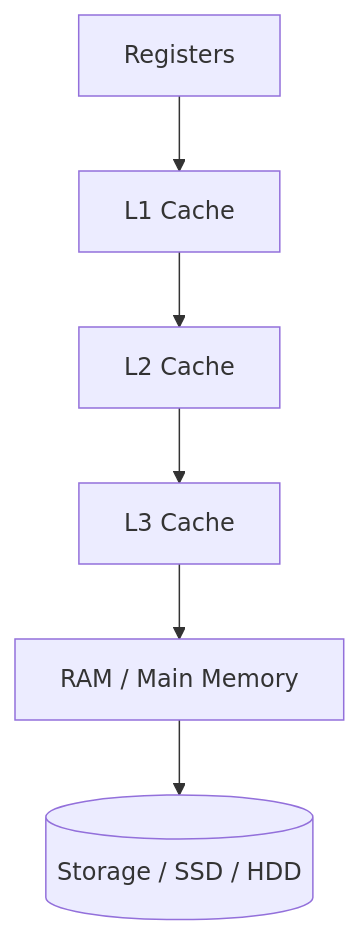
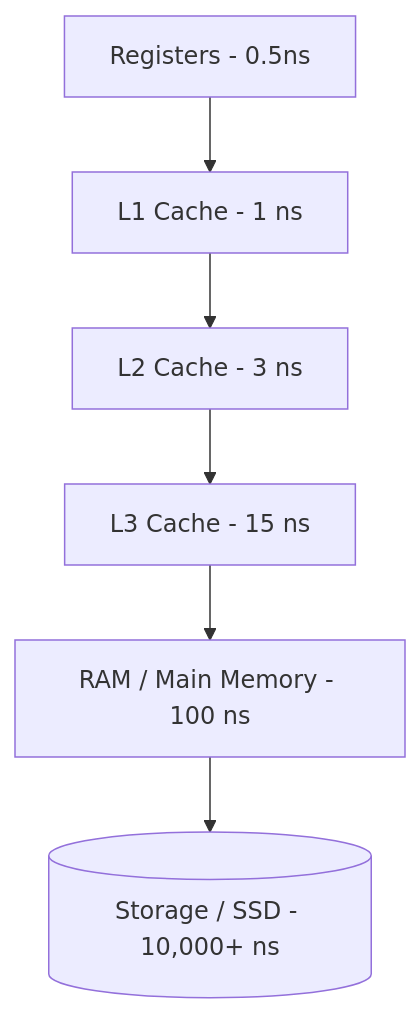
The third of 4 diagrams in README.md (RustamSheoran/cpp-roadmap), drawn with Mermaid before and after one commit. The commit also changed other lines of this file, not shown here.

````diff
--- a/README.md
+++ b/README.md
@@ -318,8 +201,8 @@
 ```mermaid
 flowchart TD
-    R[Registers] --> L1[L1 Cache]
-    L1 --> L2[L2 Cache]
-    L2 --> L3[L3 Cache]
-    L3 --> RAM[RAM / Main Memory]
-    RAM --> Storage[(Storage / SSD / HDD)]
+    R[Registers - 0.5ns] --> L1[L1 Cache - 1 ns]
+    L1 --> L2[L2 Cache - 3 ns]
+    L2 --> L3[L3 Cache - 15 ns]
+    L3 --> RAM[RAM / Main Memory - 100 ns]
+    RAM --> Storage[(Storage / SSD - 10,000+ ns)]
 ```
````
